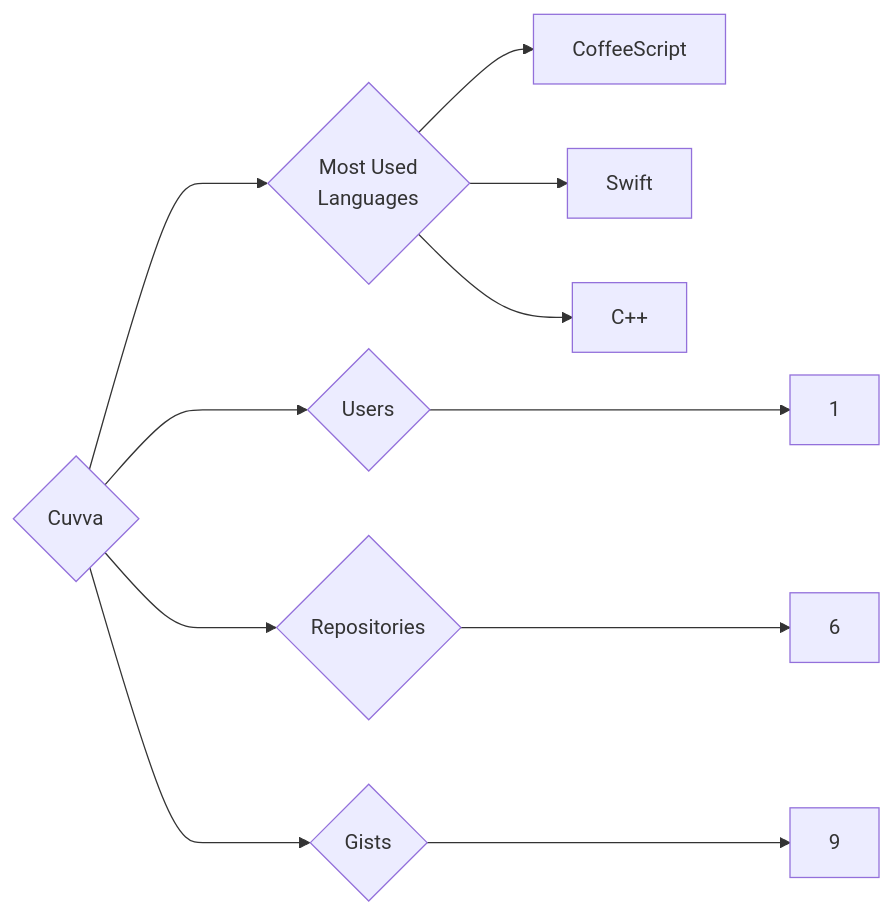
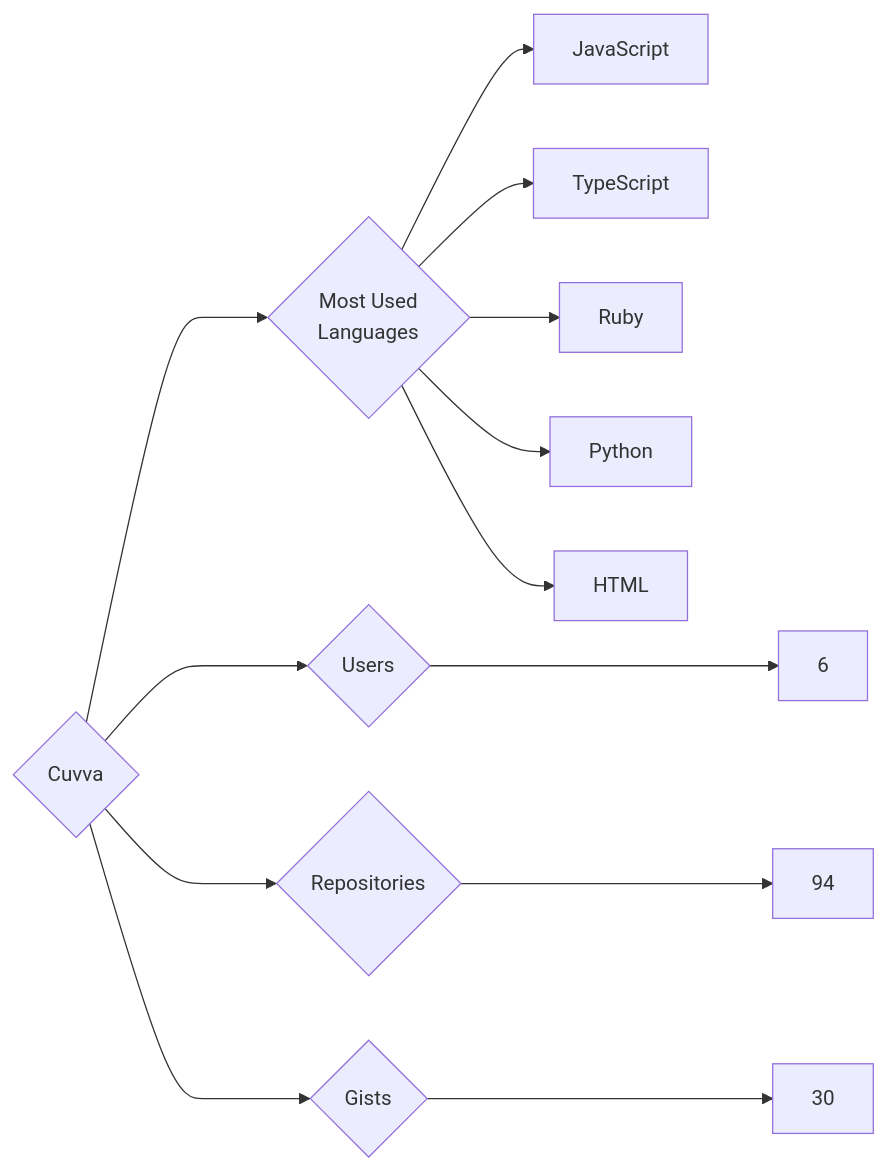
Before and after one commit to trickest/insiders: the diagram in targets/Cuvva/README.md, drawn with Mermaid. The commit also changed 714 other files, not shown here.

````diff
--- a/targets/Cuvva/README.md
+++ b/targets/Cuvva/README.md
@@ -3,11 +3,13 @@
 ```mermaid
 graph LR
 COMPANY_NAME{Cuvva}
-COMPANY_NAME ---> U{Users} ---> UN[1]
-COMPANY_NAME ---> R{Repositories} ---> RN[6]
-COMPANY_NAME ---> G{Gists} ---> GN[9]
+COMPANY_NAME ---> U{Users} ---> UN[6]
+COMPANY_NAME ---> R{Repositories} ---> RN[94]
+COMPANY_NAME ---> G{Gists} ---> GN[30]
 COMPANY_NAME ---> ML{Most Used<br>Languages}
-ML --> CoffeeScript[CoffeeScript]
-ML --> Swift[Swift]
-ML --> C++[C++]
+ML --> JavaScript[JavaScript]
+ML --> TypeScript[TypeScript]
+ML --> Ruby[Ruby]
+ML --> Python[Python]
+ML --> HTML[HTML]
 ```
````
